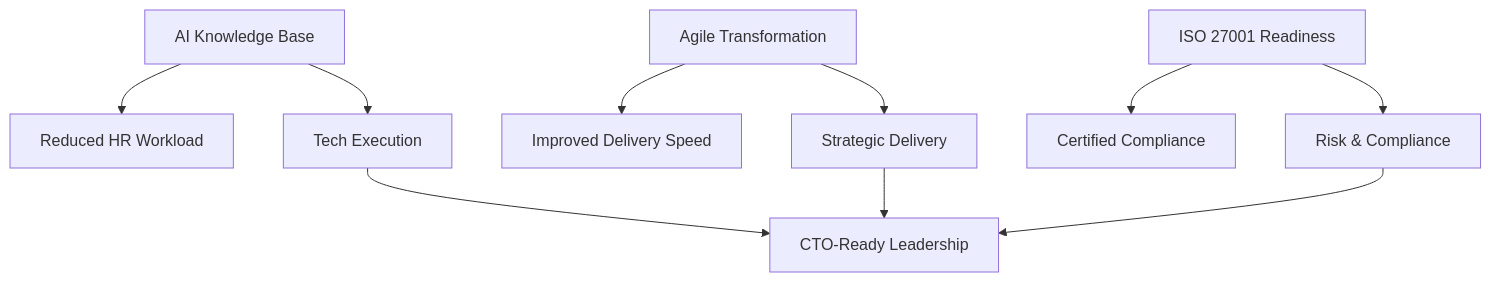
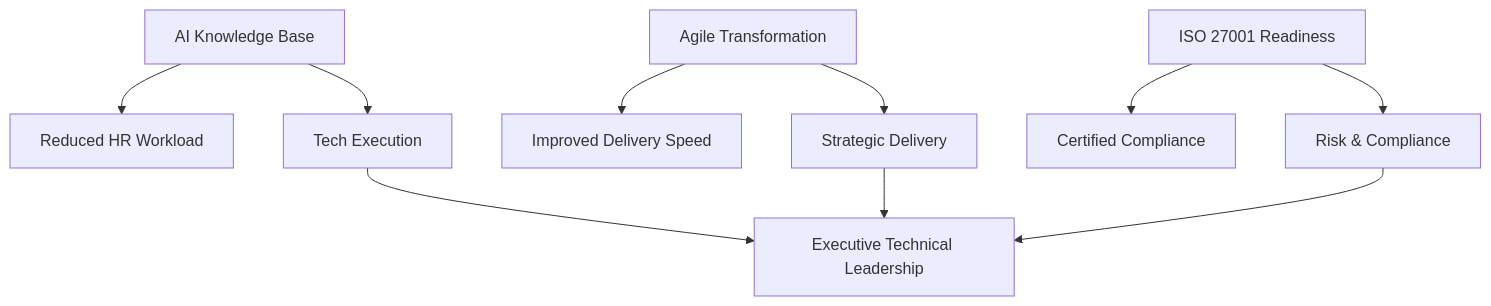
One commit to CSkarki/Tech-Leadership changed the diagram in README.md. Above: the diagram before and after it, drawn with Mermaid.

````diff
--- a/README.md
+++ b/README.md
@@ -34,16 +34,16 @@
 ```mermaid
 
 graph TD
     AI[AI Knowledge Base] --> R1[Reduced HR Workload]
     Agile[Agile Transformation] --> R2[Improved Delivery Speed]
     ISO[ISO 27001 Readiness] --> R3[Certified Compliance]
 
     AI --> Exec1[Tech Execution]
     Agile --> Exec2[Strategic Delivery]
     ISO --> Exec3[Risk & Compliance]
 
-    Exec1 --> CTO[CTO-Ready Leadership]
+    Exec1 --> CTO[Executive Technical Leadership]
     Exec2 --> CTO
     Exec3 --> CTO
 
 ```
````
